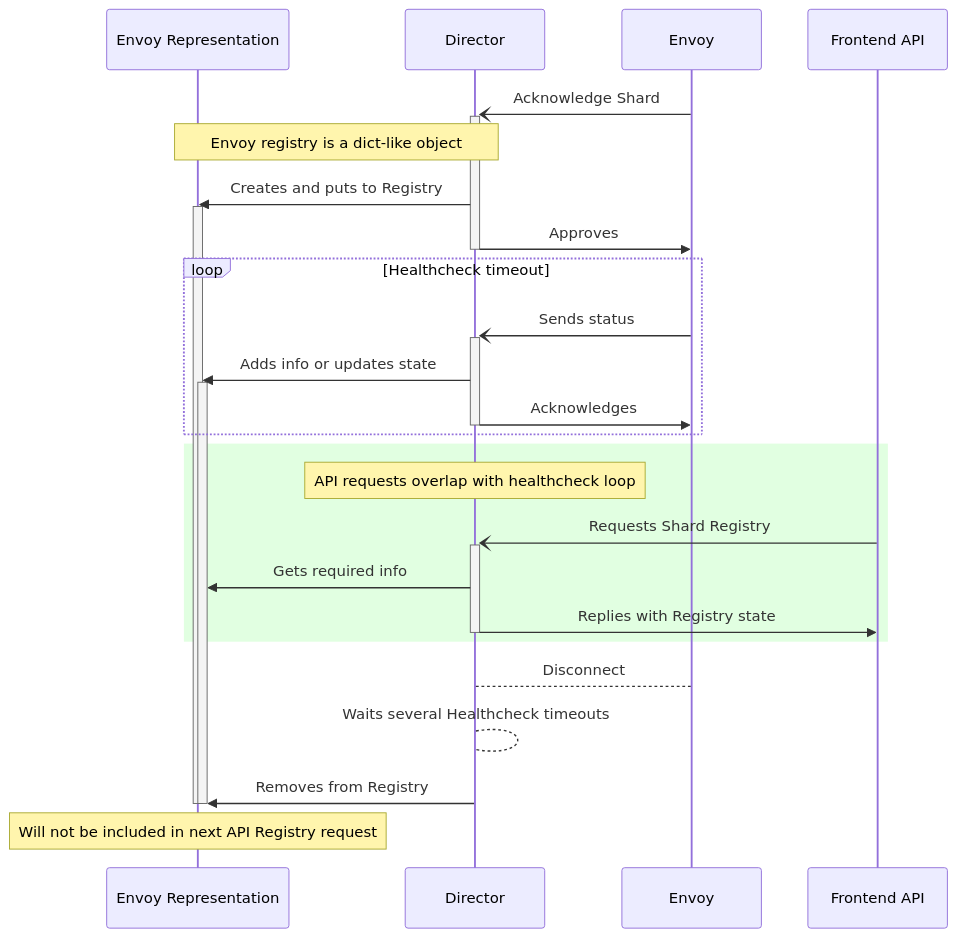
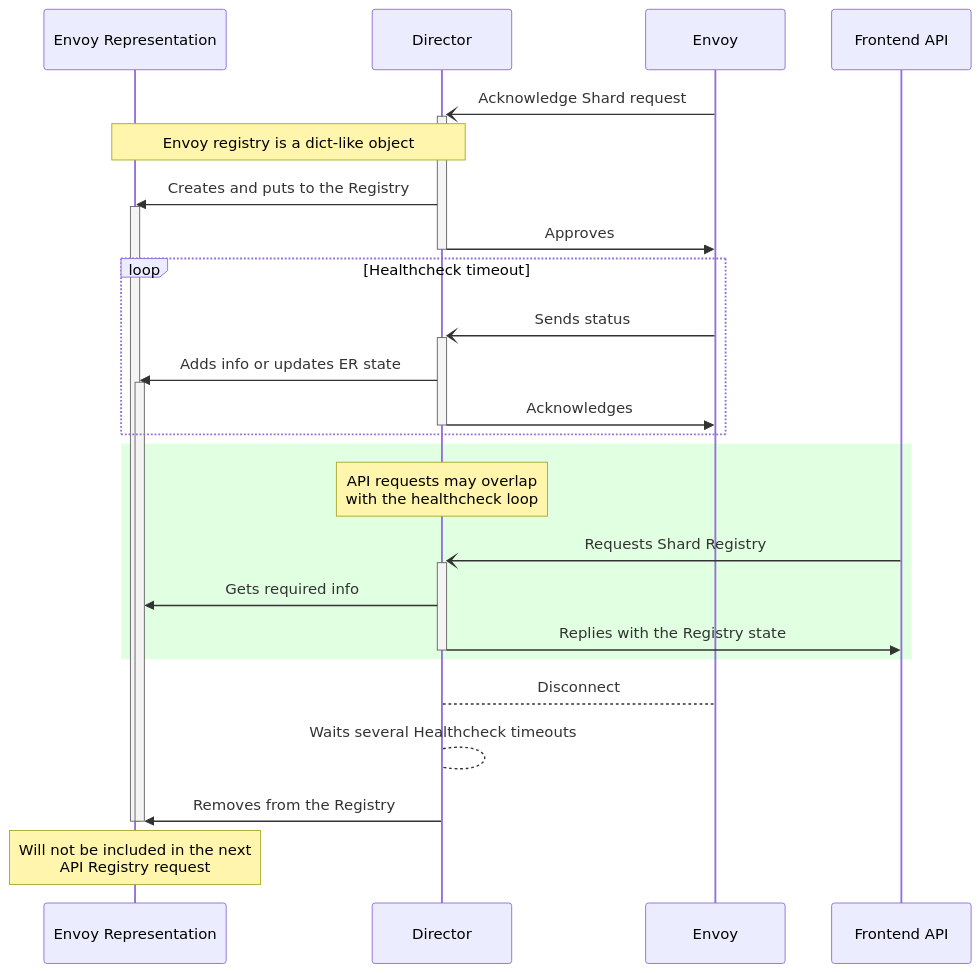
One commit to securefederatedai/openfl changed the diagram in docs/source/openfl/envoy_representation_and_RPCs.mmd. Above: the diagram before and after it, drawn with Mermaid. The commit also changed 3 other files, not shown here.

Commit message:
added one mode diagram

```diff
--- a/docs/source/openfl/envoy_representation_and_RPCs.mmd
+++ b/docs/source/openfl/envoy_representation_and_RPCs.mmd
@@ -1,29 +1,29 @@
 sequenceDiagram
   participant ER as Envoy Representation
   participant D as Director
   participant E as Envoy
   participant F as Frontend API
 
-  E-)+D: Acknowledge Shard
+  E-)+D: Acknowledge Shard request
   note over ER,D: Envoy registry is a dict-like object
-  D->>ER: Creates and puts to Registry
+  D->>ER: Creates and puts to the Registry
   activate ER
   D->>-E: Approves
   loop Healthcheck timeout
     E-)+D: Sends status
-    D->>ER: Adds info or updates state
+    D->>ER: Adds info or updates ER state
     activate ER
     D->>-E: Acknowledges
   end
   rect rgb(225, 255, 225)
-    Note over D: API requests overlap with healthcheck loop
+    Note over D: API requests may overlap <br>with the healthcheck loop
     F-)+D: Requests Shard Registry
     D->>ER: Gets required info
-    D->>-F: Replies with Registry state
+    D->>-F: Replies with the Registry state
   end
   D-->E: Disconnect
   D-->D: Waits several Healthcheck timeouts
-  D->>ER: Removes from Registry
+  D->>ER: Removes from the Registry
   deactivate ER
   deactivate ER
-  Note over ER: Will not be included in next API Registry request
+  Note over ER: Will not be included in the next <br>API Registry request
```
